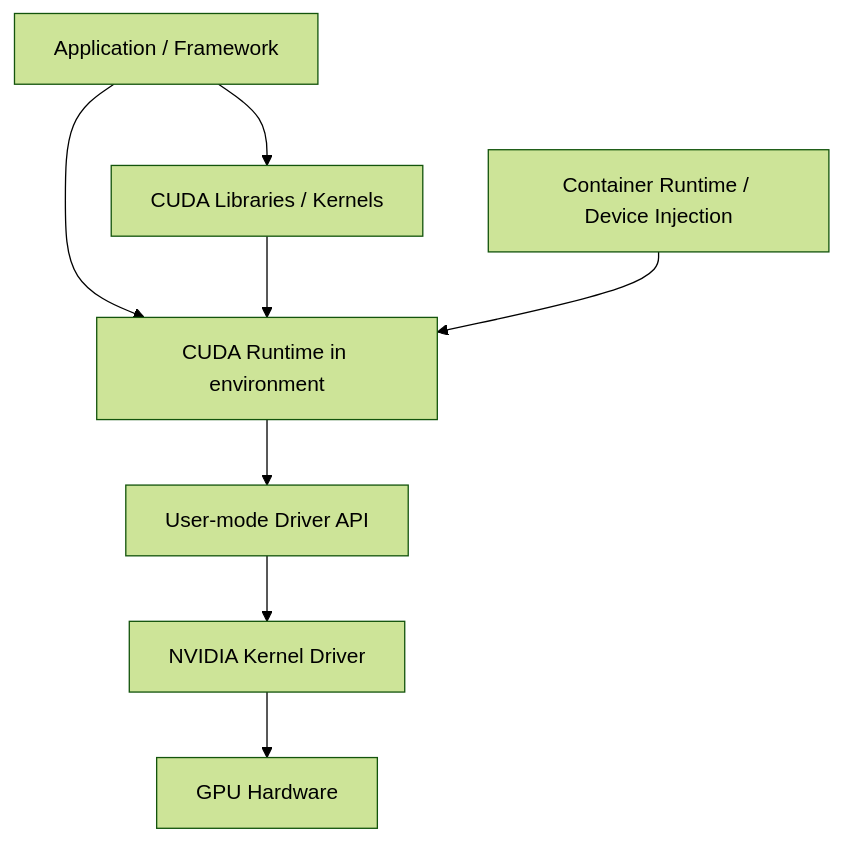
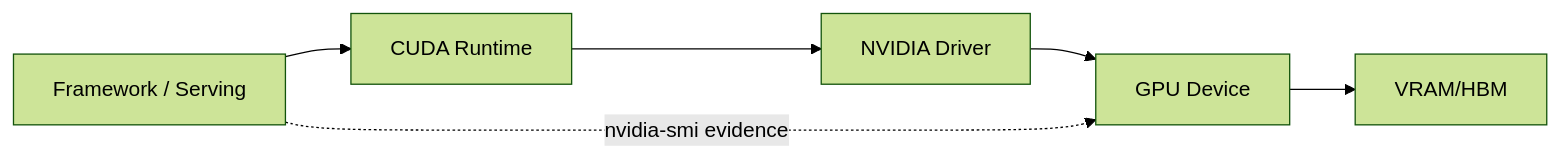
Before and after one commit to upJiang/jiang-blog-vitepress: the diagram in docs/devops/gpu-cuda-vram-nvidia-smi.md, drawn with Mermaid (forest theme). The commit also changed other lines of this file and 190 other files, not shown here.

````diff
--- a/docs/devops/gpu-cuda-vram-nvidia-smi.md
+++ b/docs/devops/gpu-cuda-vram-nvidia-smi.md
@@ -33,10 +31,8 @@
 ```mermaid
-flowchart TD
-  A[Application / Framework] --> R[CUDA Runtime in environment]
-  R --> D[User-mode Driver API]
-  D --> K[NVIDIA Kernel Driver]
-  K --> G[GPU Hardware]
-  A --> L[CUDA Libraries / Kernels]
-  L --> R
-  O[Container Runtime / Device Injection] --> R
+flowchart LR
+  App[Framework / Serving] --> R[CUDA Runtime]
+  R --> D[NVIDIA Driver]
+  D --> G[GPU Device]
+  G --> V[VRAM/HBM]
+  App -.nvidia-smi evidence.-> G
 ```
````
